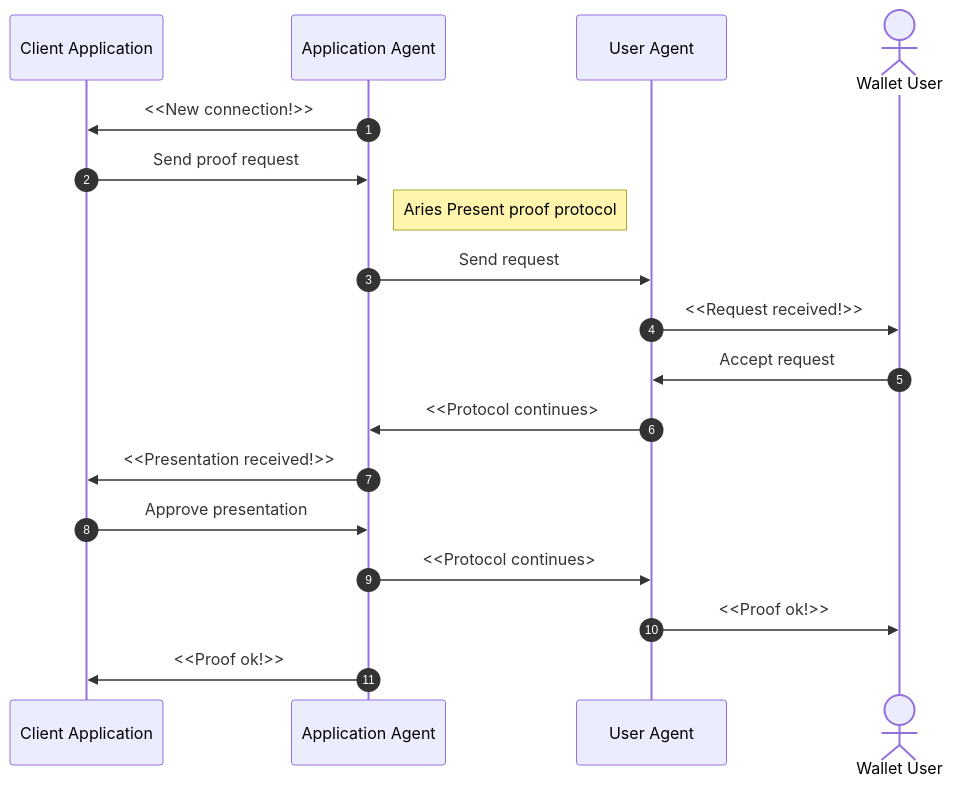
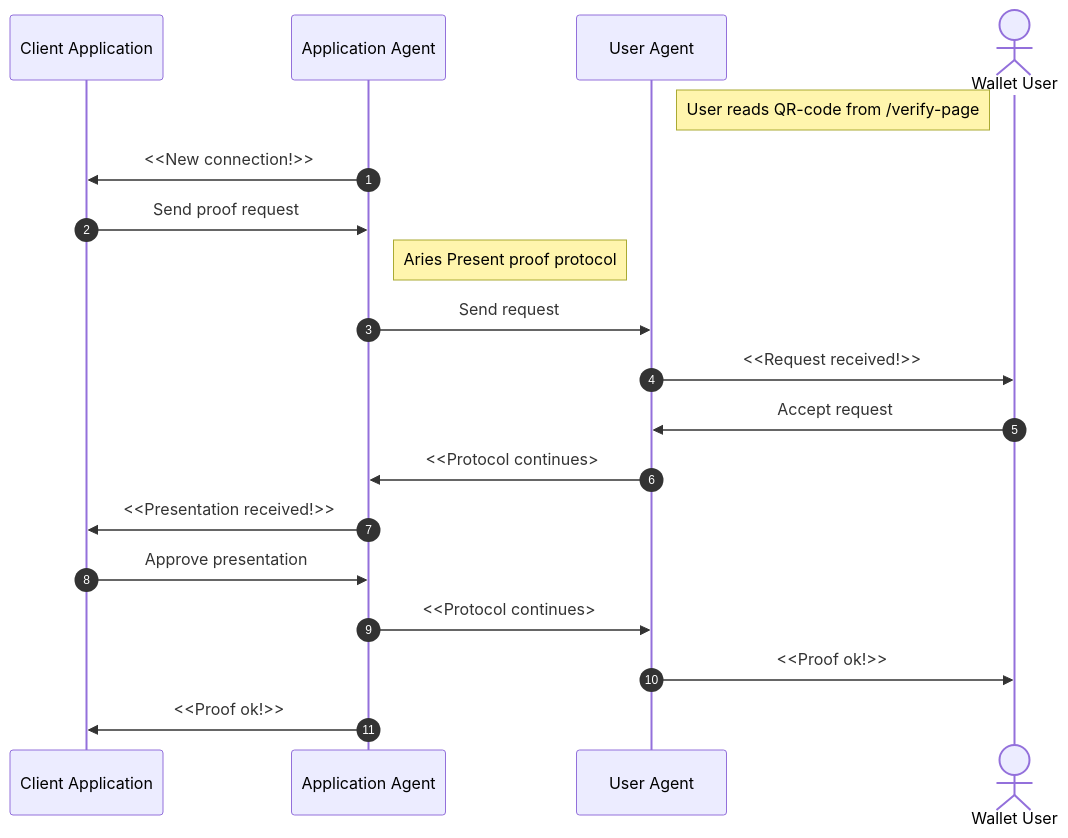
The diagram in track2.1-ts/task5/README.md (findy-network/agency-workshop), drawn with Mermaid before and after one commit. The commit also changed 12 other files, not shown here.

````diff
--- a/track2.1-ts/task5/README.md
+++ b/track2.1-ts/task5/README.md
@@ -48,21 +48,22 @@
 ```mermaid
 sequenceDiagram
     autonumber
     participant Client Application
     participant Application Agent
     participant User Agent
     actor Wallet User
 
+    Note left of Wallet User: User reads QR-code from /verify-page
     Application Agent->>Client Application: <<New connection!>>
     Client Application->>Application Agent: Send proof request
     Note right of Application Agent: Aries Present proof protocol
     Application Agent->>User Agent: Send request
     User Agent->>Wallet User: <<Request received!>>
     Wallet User->>User Agent: Accept request
     User Agent->>Application Agent: <<Protocol continues>
     Application Agent->>Client Application: <<Presentation received!>>
     Client Application->>Application Agent: Approve presentation
     Application Agent->>User Agent: <<Protocol continues>
     User Agent->>Wallet User: <<Proof ok!>>
     Application Agent->>Client Application: <<Proof ok!>>
 ```
````
